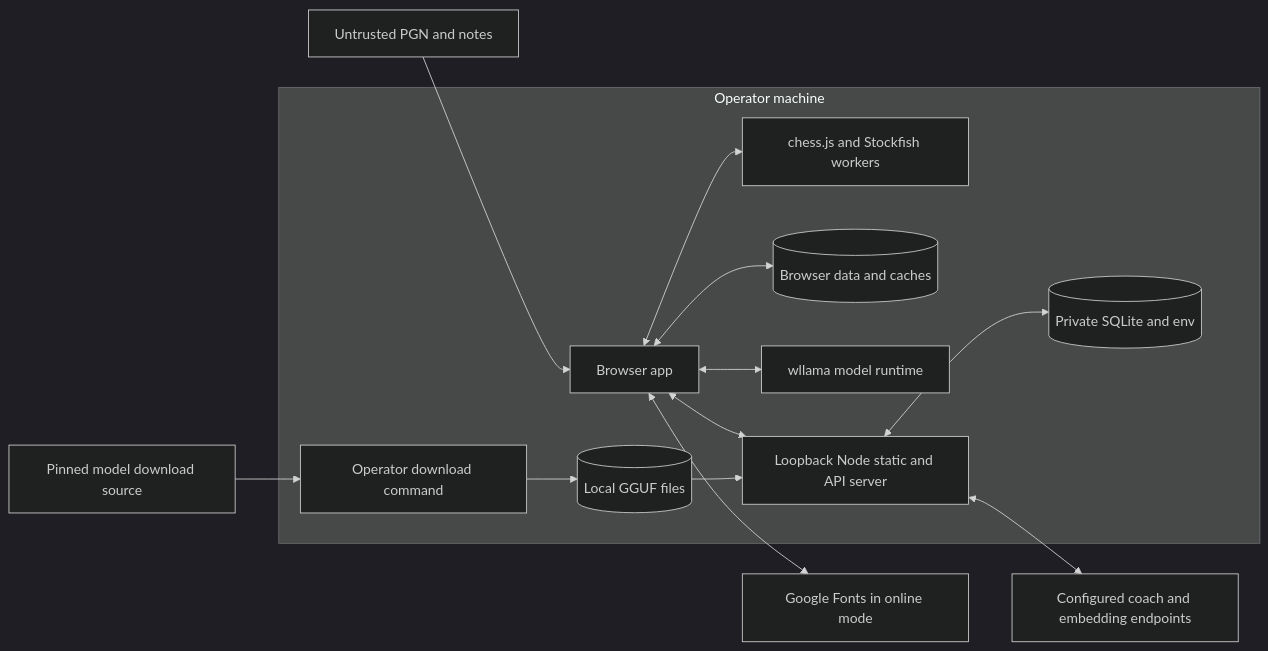
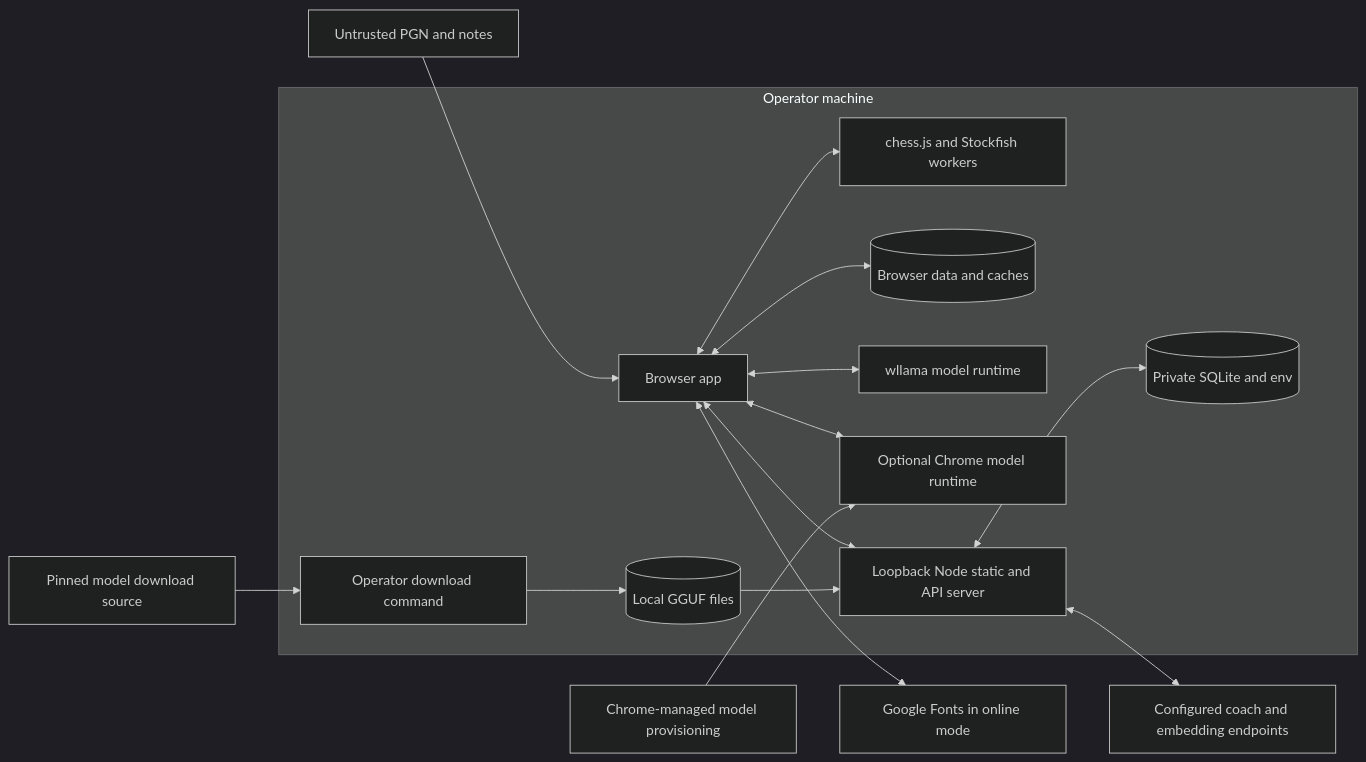
Before and after one commit to gregoryyy/kibitz: the diagram in docs/THREAT-MODEL.md, drawn with Mermaid (dark theme). The commit also changed other lines of this file and 19 other files, not shown here.

Commit message:
Add the optional Chrome built-in coach (TODO 2.16)

````diff
--- a/docs/THREAT-MODEL.md
+++ b/docs/THREAT-MODEL.md
@@ -15,24 +15,27 @@
 ```mermaid
 flowchart LR
   Import[Untrusted PGN and notes] --> Browser
   subgraph Local[Operator machine]
     Browser[Browser app]
     Rules[chess.js and Stockfish workers]
     ClientData[(Browser data and caches)]
     Runtime[wllama model runtime]
+    Native[Optional Chrome model runtime]
     Node[Loopback Node static and API server]
     Private[(Private SQLite and env)]
     Weights[(Local GGUF files)]
     Download[Operator download command]
     Browser <--> Rules
     Browser <--> ClientData
     Browser <--> Runtime
+    Browser <--> Native
     Browser <--> Node
     Node <--> Private
     Weights --> Node
     Download --> Weights
   end
   Node <--> Providers[Configured coach and embedding endpoints]
   Upstream[Pinned model download source] --> Download
+  ChromeModels[Chrome-managed model provisioning] --> Native
   Browser <--> Fonts[Google Fonts in online mode]
 ```
````
